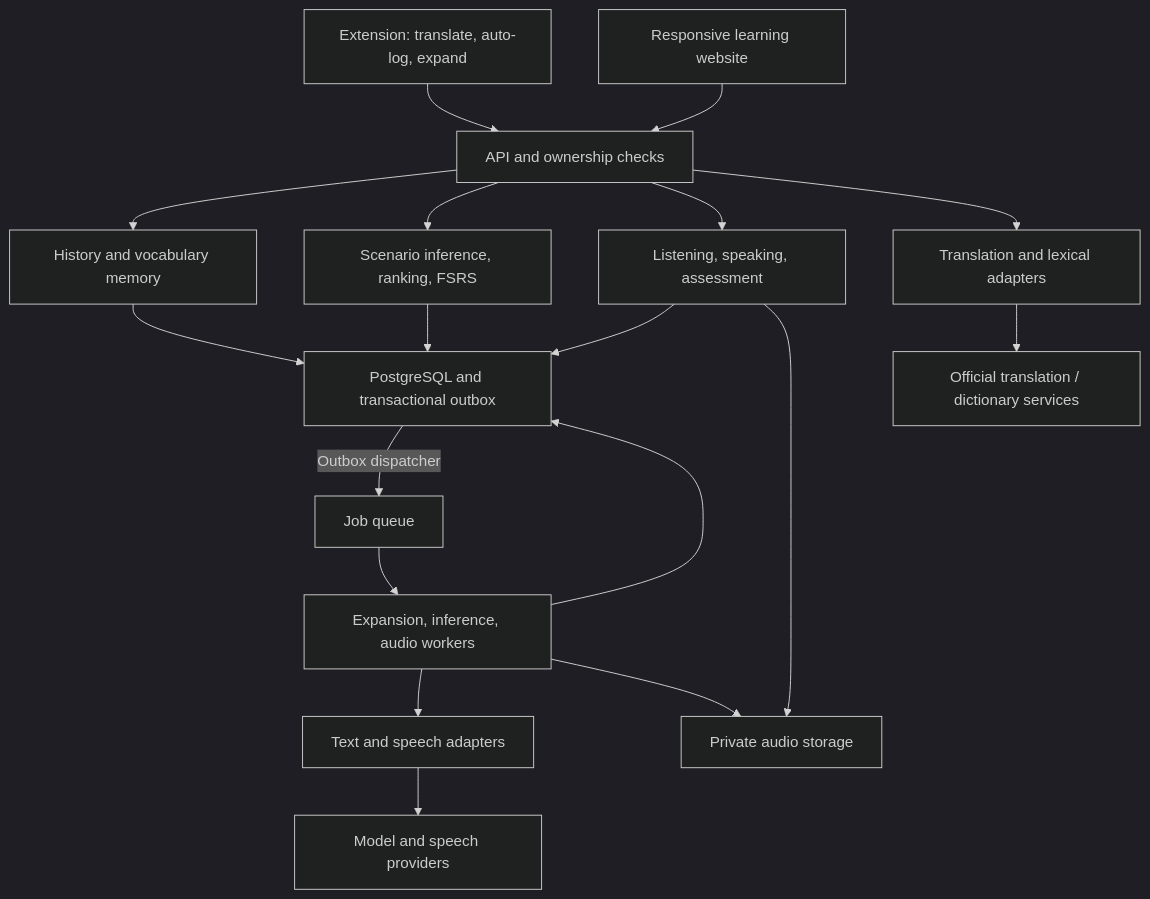
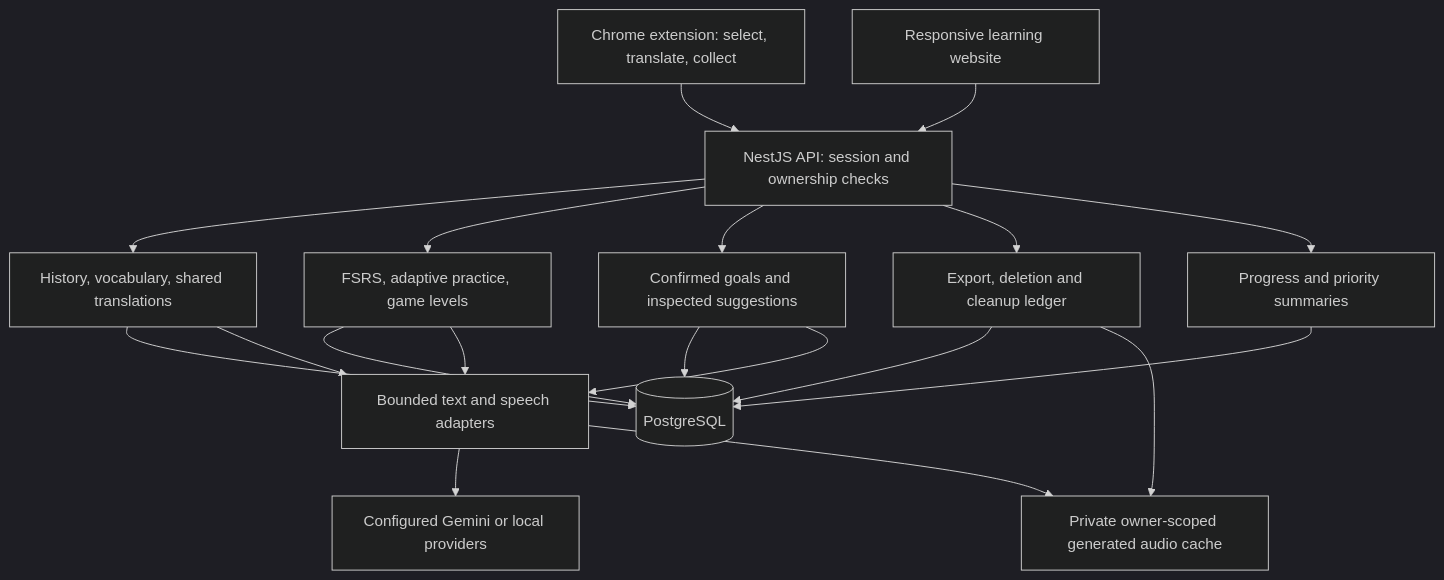
The diagram in docs/ARCHITECTURE.md (Elaine-tyl/contextspeak), drawn with Mermaid (dark theme) before and after one commit. The commit also changed other lines of this file and 59 other files, not shown here.

Commit message:
feat: complete personalized learning and MVP account controls

````diff
--- a/docs/ARCHITECTURE.md
+++ b/docs/ARCHITECTURE.md
@@ -20,20 +21,21 @@
 ```mermaid
 flowchart TB
-    extension["Extension: translate, auto-log, expand"] --> api["API and ownership checks"]
+    extension["Chrome extension: select, translate, collect"] --> api["NestJS API: session and ownership checks"]
     web["Responsive learning website"] --> api
-    api --> library["History and vocabulary memory"]
-    api --> planning["Scenario inference, ranking, FSRS"]
-    api --> practice["Listening, speaking, assessment"]
-    api --> adapters["Translation and lexical adapters"]
-    adapters --> translation["Official translation / dictionary services"]
-    library --> db["PostgreSQL and transactional outbox"]
-    planning --> db
-    practice --> db
-    practice --> audio["Private audio storage"]
-    db -->|"Outbox dispatcher"| queue["Job queue"]
-    queue --> workers["Expansion, inference, audio workers"]
-    workers --> db
-    workers --> ai["Text and speech adapters"]
-    workers --> audio
-    ai --> providers["Model and speech providers"]
+    api --> library["History, vocabulary, shared translations"]
+    api --> learning["FSRS, adaptive practice, game levels"]
+    api --> profile["Confirmed goals and inspected suggestions"]
+    api --> account["Export, deletion and cleanup ledger"]
+    api --> progress["Progress and priority summaries"]
+    library --> db[(PostgreSQL)]
+    learning --> db
+    profile --> db
+    account --> db
+    progress --> db
+    library --> adapters["Bounded text and speech adapters"]
+    learning --> adapters
+    profile --> adapters
+    adapters --> providers["Configured Gemini or local providers"]
+    adapters --> audio["Private owner-scoped generated audio cache"]
+    account --> audio
 ```
````
